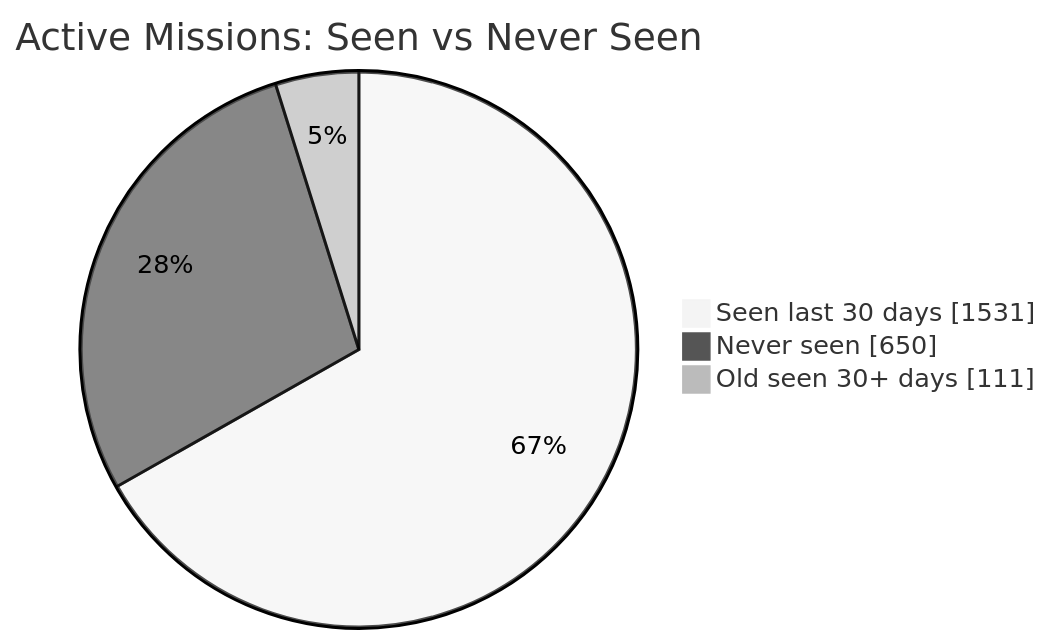
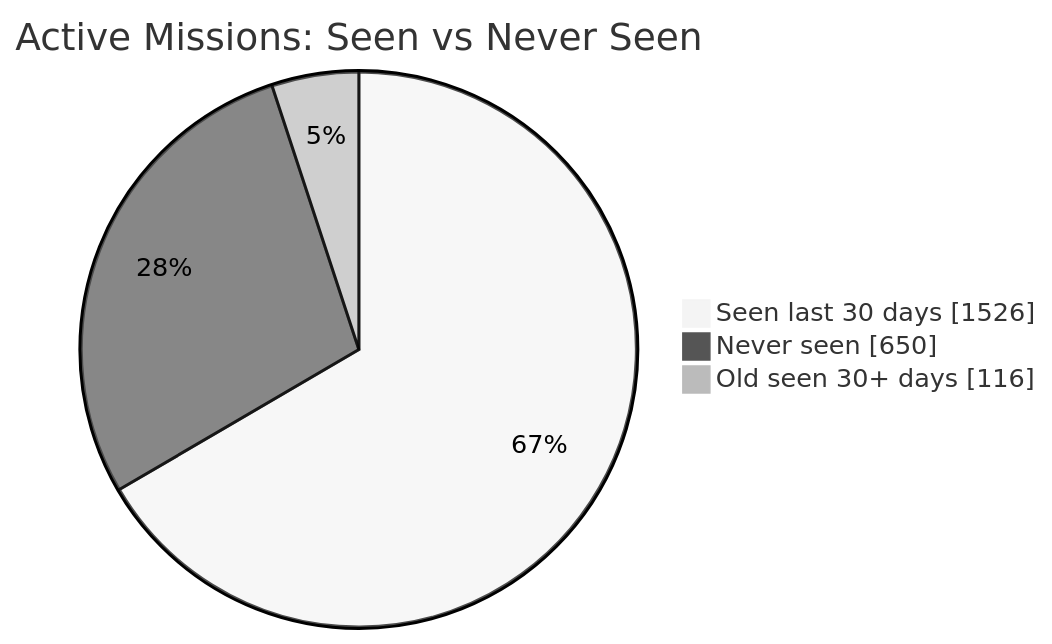
One commit to MeldkamerspelGameTeam/active-missions changed the first of 2 diagrams in README.md. Above: the diagram before and after it, drawn with Mermaid (neutral theme). The commit also changed other lines of this file and 2 other files, not shown here.

````diff
--- a/README.md
+++ b/README.md
@@ -34,7 +34,7 @@
 ```mermaid
 pie showData
     title Active Missions: Seen vs Never Seen
-    "Seen last 30 days" : 1531
+    "Seen last 30 days" : 1526
     "Never seen" : 650
-    "Old seen 30+ days" : 111
+    "Old seen 30+ days" : 116
 ```
````
